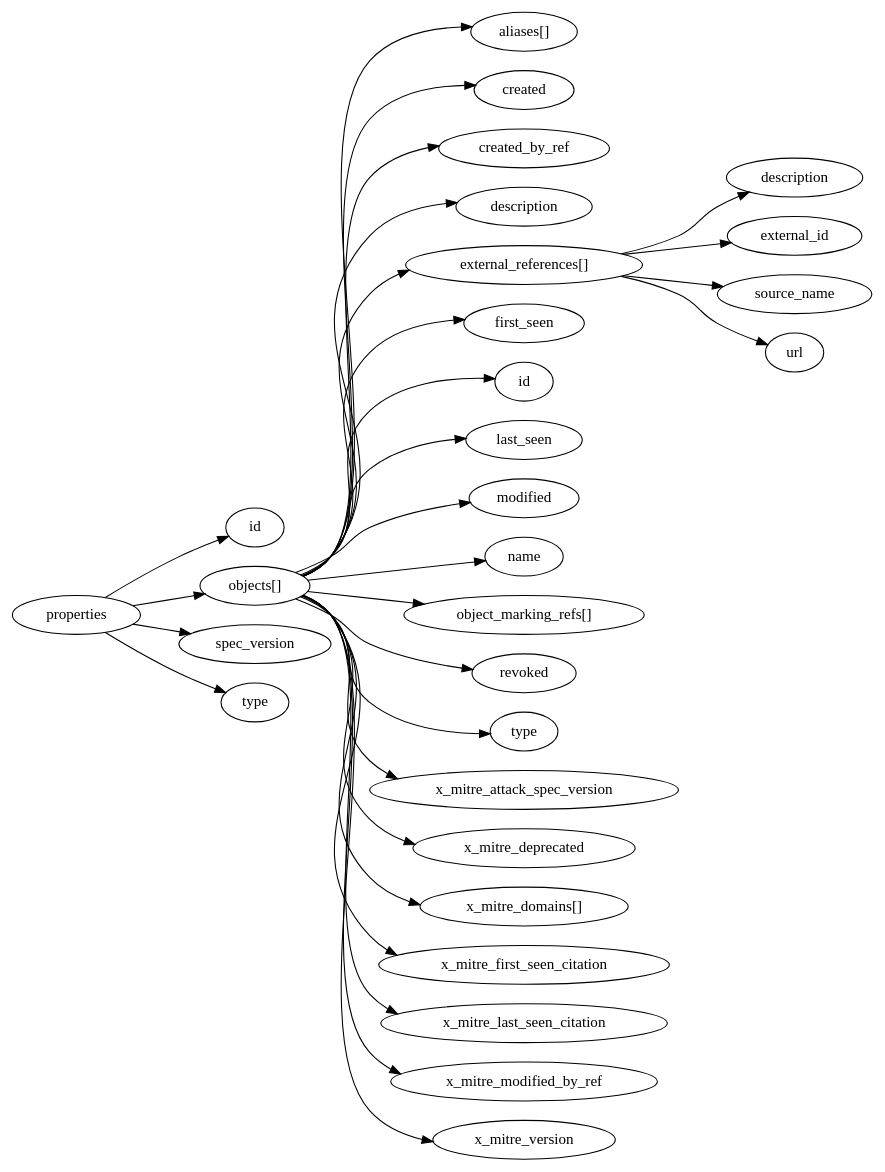
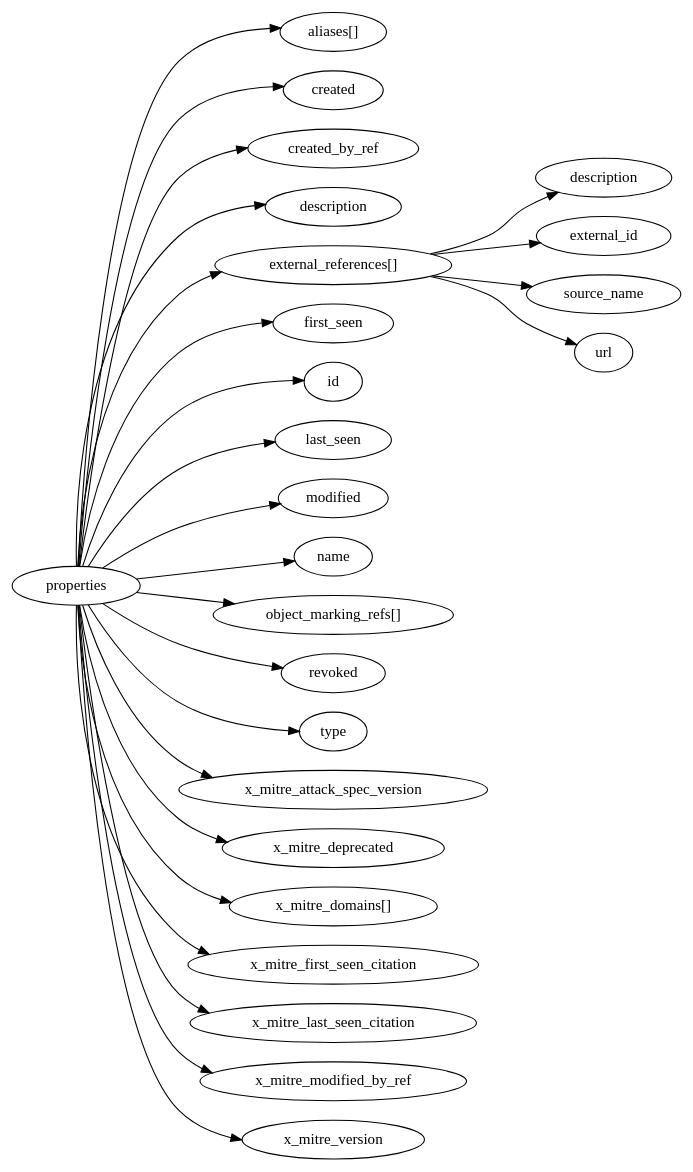
One commit to whitfieldsdad/json-kit changed the diagram in resources/example-data/json/stix2/mitre-attack/dot/campaign.dot. Above: the diagram before and after it, drawn with Graphviz. The commit also changed 68 other files, not shown here.

```diff
--- a/resources/example-data/json/stix2/mitre-attack/dot/campaign.dot
+++ b/resources/example-data/json/stix2/mitre-attack/dot/campaign.dot
@@ -1,59 +1,51 @@
 digraph {
     graph [rankdir=LR]
+    "aliases" [label="aliases[]"]
+    "created" [label="created"]
+    "created_by_ref" [label="created_by_ref"]
+    "description" [label="description"]
+    "external_references" [label="external_references[]"]
+    "external_references.description" [label="description"]
+    "external_references.external_id" [label="external_id"]
+    "external_references.source_name" [label="source_name"]
+    "external_references.url" [label="url"]
+    "first_seen" [label="first_seen"]
     "id" [label="id"]
-    "objects" [label="objects[]"]
-    "objects.aliases" [label="aliases[]"]
-    "objects.created" [label="created"]
-    "objects.created_by_ref" [label="created_by_ref"]
-    "objects.description" [label="description"]
-    "objects.external_references" [label="external_references[]"]
-    "objects.external_references.description" [label="description"]
-    "objects.external_references.external_id" [label="external_id"]
-    "objects.external_references.source_name" [label="source_name"]
-    "objects.external_references.url" [label="url"]
-    "objects.first_seen" [label="first_seen"]
-    "objects.id" [label="id"]
-    "objects.last_seen" [label="last_seen"]
-    "objects.modified" [label="modified"]
-    "objects.name" [label="name"]
-    "objects.object_marking_refs" [label="object_marking_refs[]"]
-    "objects.revoked" [label="revoked"]
-    "objects.type" [label="type"]
-    "objects.x_mitre_attack_spec_version" [label="x_mitre_attack_spec_version"]
-    "objects.x_mitre_deprecated" [label="x_mitre_deprecated"]
-    "objects.x_mitre_domains" [label="x_mitre_domains[]"]
-    "objects.x_mitre_first_seen_citation" [label="x_mitre_first_seen_citation"]
-    "objects.x_mitre_last_seen_citation" [label="x_mitre_last_seen_citation"]
-    "objects.x_mitre_modified_by_ref" [label="x_mitre_modified_by_ref"]
-    "objects.x_mitre_version" [label="x_mitre_version"]
-    "spec_version" [label="spec_version"]
+    "last_seen" [label="last_seen"]
+    "modified" [label="modified"]
+    "name" [label="name"]
+    "object_marking_refs" [label="object_marking_refs[]"]
+    "revoked" [label="revoked"]
     "type" [label="type"]
+    "x_mitre_attack_spec_version" [label="x_mitre_attack_spec_version"]
+    "x_mitre_deprecated" [label="x_mitre_deprecated"]
+    "x_mitre_domains" [label="x_mitre_domains[]"]
+    "x_mitre_first_seen_citation" [label="x_mitre_first_seen_citation"]
+    "x_mitre_last_seen_citation" [label="x_mitre_last_seen_citation"]
+    "x_mitre_modified_by_ref" [label="x_mitre_modified_by_ref"]
+    "x_mitre_version" [label="x_mitre_version"]
+    "properties" -> "modified"
+    "properties" -> "name"
+    "properties" -> "description"
+    "properties" -> "aliases"
+    "properties" -> "first_seen"
+    "properties" -> "last_seen"
+    "properties" -> "x_mitre_first_seen_citation"
+    "properties" -> "x_mitre_last_seen_citation"
+    "properties" -> "x_mitre_deprecated"
+    "properties" -> "x_mitre_version"
     "properties" -> "type"
     "properties" -> "id"
-    "properties" -> "spec_version"
-    "properties" -> "objects"
-    "objects" -> "objects.modified"
-    "objects" -> "objects.name"
-    "objects" -> "objects.description"
-    "objects" -> "objects.aliases"
-    "objects" -> "objects.first_seen"
-    "objects" -> "objects.last_seen"
-    "objects" -> "objects.x_mitre_first_seen_citation"
-    "objects" -> "objects.x_mitre_last_seen_citation"
-    "objects" -> "objects.x_mitre_deprecated"
-    "objects" -> "objects.x_mitre_version"
-    "objects" -> "objects.type"
-    "objects" -> "objects.id"
-    "objects" -> "objects.created"
-    "objects" -> "objects.created_by_ref"
-    "objects" -> "objects.revoked"
-    "objects" -> "objects.external_references"
-    "objects" -> "objects.object_marking_refs"
-    "objects" -> "objects.x_mitre_attack_spec_version"
-    "objects" -> "objects.x_mitre_modified_by_ref"
-    "objects" -> "objects.x_mitre_domains"
-    "objects.external_references" -> "objects.external_references.source_name"
-    "objects.external_references" -> "objects.external_references.url"
-    "objects.external_references" -> "objects.external_references.external_id"
-    "objects.external_references" -> "objects.external_references.description"
+    "properties" -> "created"
+    "properties" -> "created_by_ref"
+    "properties" -> "revoked"
+    "properties" -> "external_references"
+    "properties" -> "object_marking_refs"
+    "properties" -> "x_mitre_attack_spec_version"
+    "properties" -> "x_mitre_modified_by_ref"
+    "properties" -> "x_mitre_domains"
+    "external_references" -> "external_references.source_name"
+    "external_references" -> "external_references.url"
+    "external_references" -> "external_references.external_id"
+    "external_references" -> "external_references.description"
 }
```
